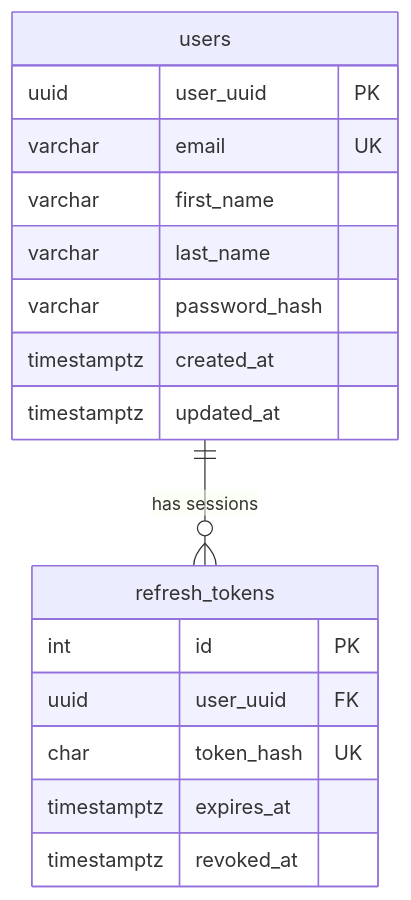
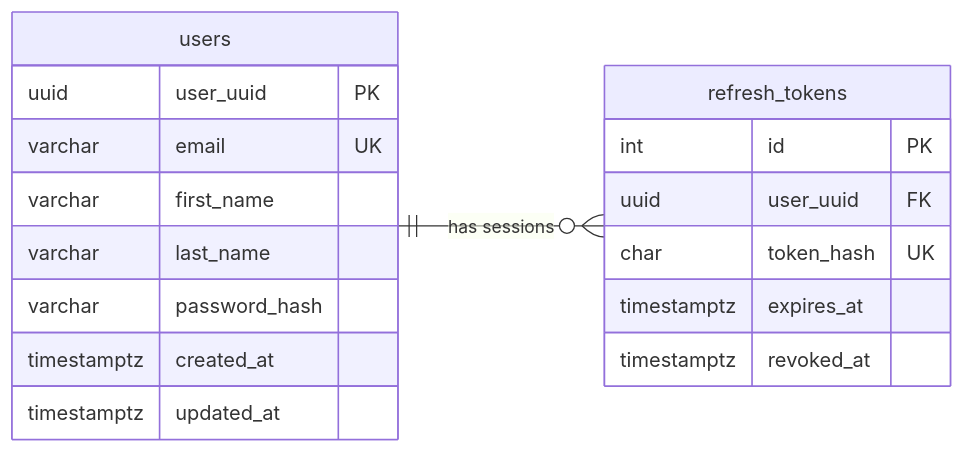
One commit to rohitchaudhry362/iot-sensor-dashboard changed the second of 6 diagrams in README.md. Above: the diagram before and after it, drawn with Mermaid. The commit also changed other lines of this file, not shown here.

````diff
--- a/README.md
+++ b/README.md
@@ -189,21 +189,22 @@
 ```mermaid
 erDiagram
+    direction LR
     users ||--o{ refresh_tokens : "has sessions"
 
     users {
         uuid user_uuid PK
         varchar email UK
         varchar first_name
         varchar last_name
         varchar password_hash
         timestamptz created_at
         timestamptz updated_at
     }
     refresh_tokens {
         int id PK
         uuid user_uuid FK
         char token_hash UK
         timestamptz expires_at
         timestamptz revoked_at
     }
 ```
````
